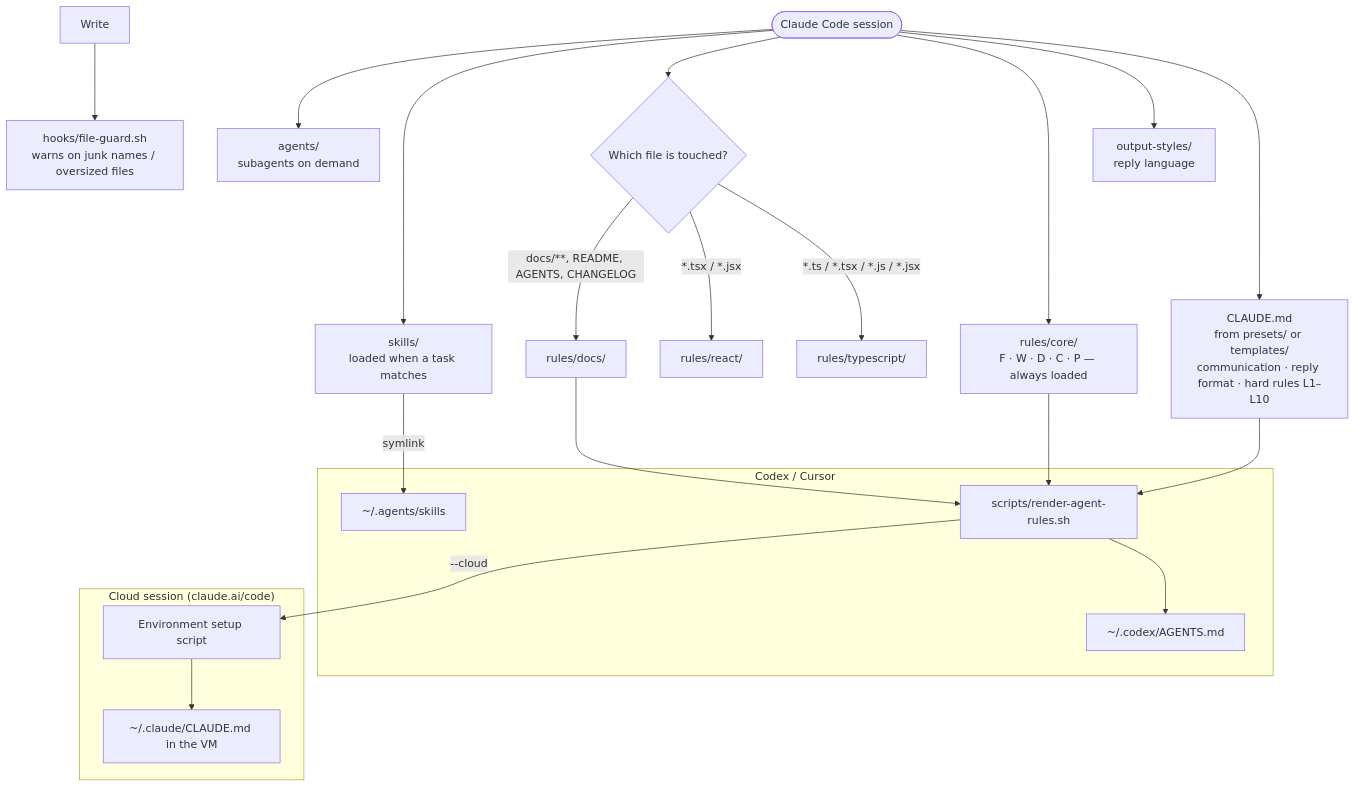
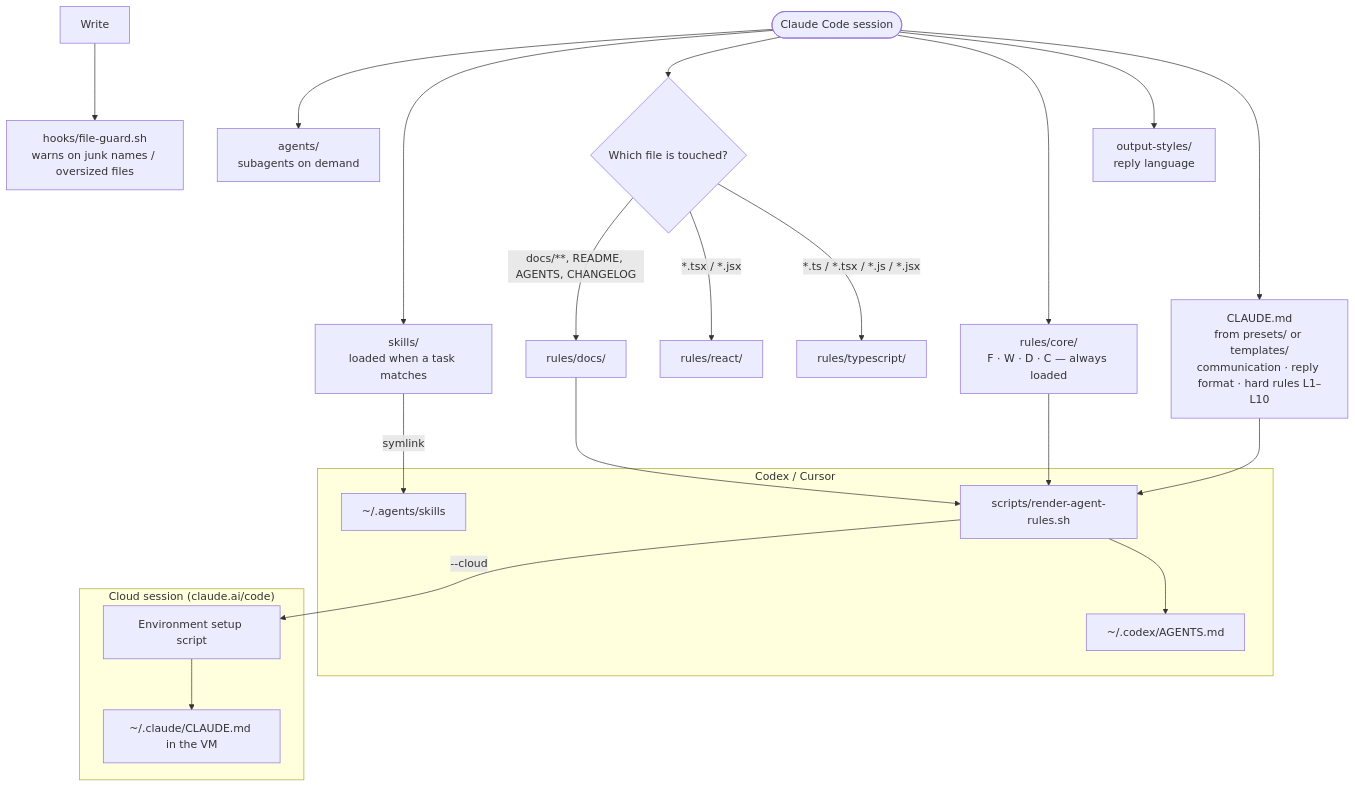
Before and after one commit to mxrsv/agents-skills: the diagram in README.en.md, drawn with Mermaid. The commit also changed other lines of this file and 2 other files, not shown here.

Commit message:
fix(docs): drop deleted patterns pack from READMEs and Proactive label stutter
Claude-Session: https://claude.ai/code/session_012SUrD1tt7YZ5v43GUQVjyc

````diff
--- a/README.en.md
+++ b/README.en.md
@@ -7,23 +7,23 @@
 ```mermaid
 flowchart TD
     S([Claude Code session]) --> A["CLAUDE.md<br/>from presets/ or templates/<br/>communication · reply format · hard rules L1–L10"]
     S --> O["output-styles/<br/>reply language"]
-    S --> C["rules/core/<br/>F · W · D · C · P — always loaded"]
+    S --> C["rules/core/<br/>F · W · D · C — always loaded"]
     S --> T{"Which file is touched?"}
     T -- "*.ts / *.tsx / *.js / *.jsx" --> TS["rules/typescript/"]
     T -- "*.tsx / *.jsx" --> R["rules/react/"]
     T -- "docs/**, README, AGENTS, CHANGELOG" --> D["rules/docs/"]
     S --> K["skills/<br/>loaded when a task matches"]
     S --> AG["agents/<br/>subagents on demand"]
     WR["Write"] --> H["hooks/file-guard.sh<br/>warns on junk names / oversized files"]
     subgraph CX["Codex / Cursor"]
         G["scripts/render-agent-rules.sh"] --> X["~/.codex/AGENTS.md"]
         L["~/.agents/skills"]
     end
     subgraph CL["Cloud session (claude.ai/code)"]
         SS["Environment setup script"] --> CM["~/.claude/CLAUDE.md in the VM"]
     end
     A & C & D --> G
     G -- "--cloud" --> SS
     K -- symlink --> L
 ```
````
